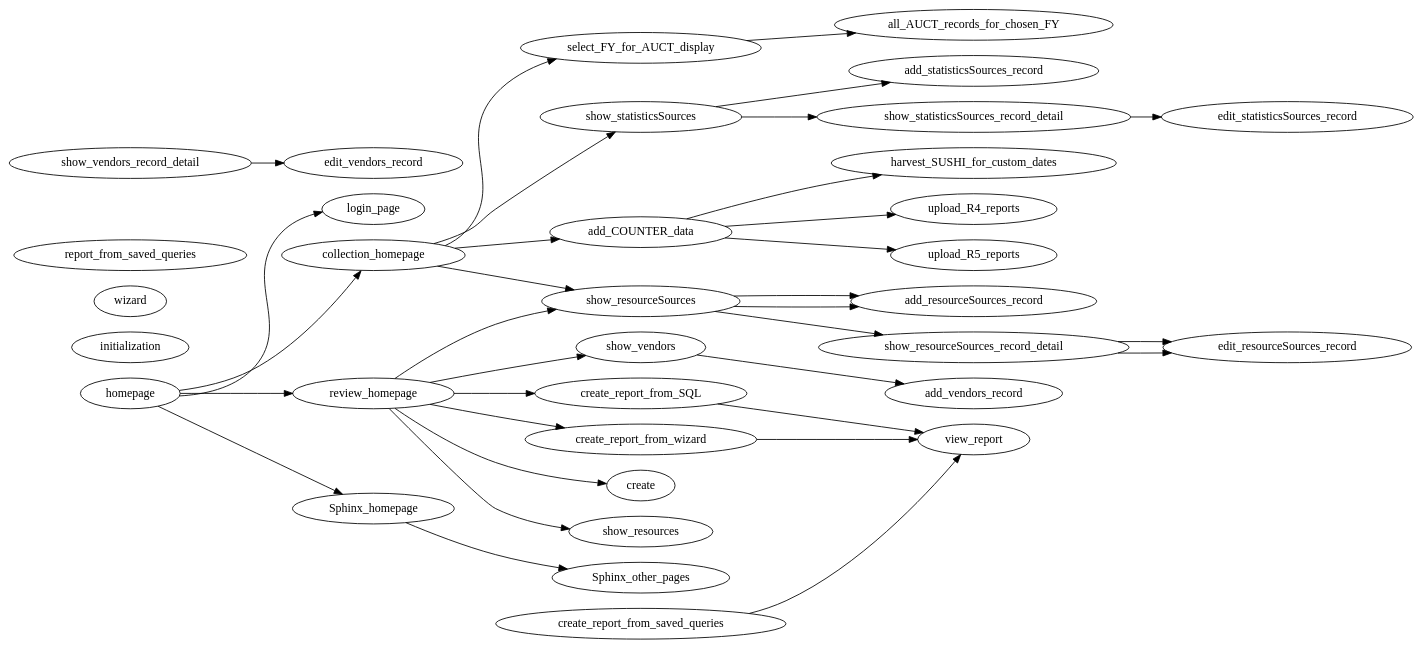
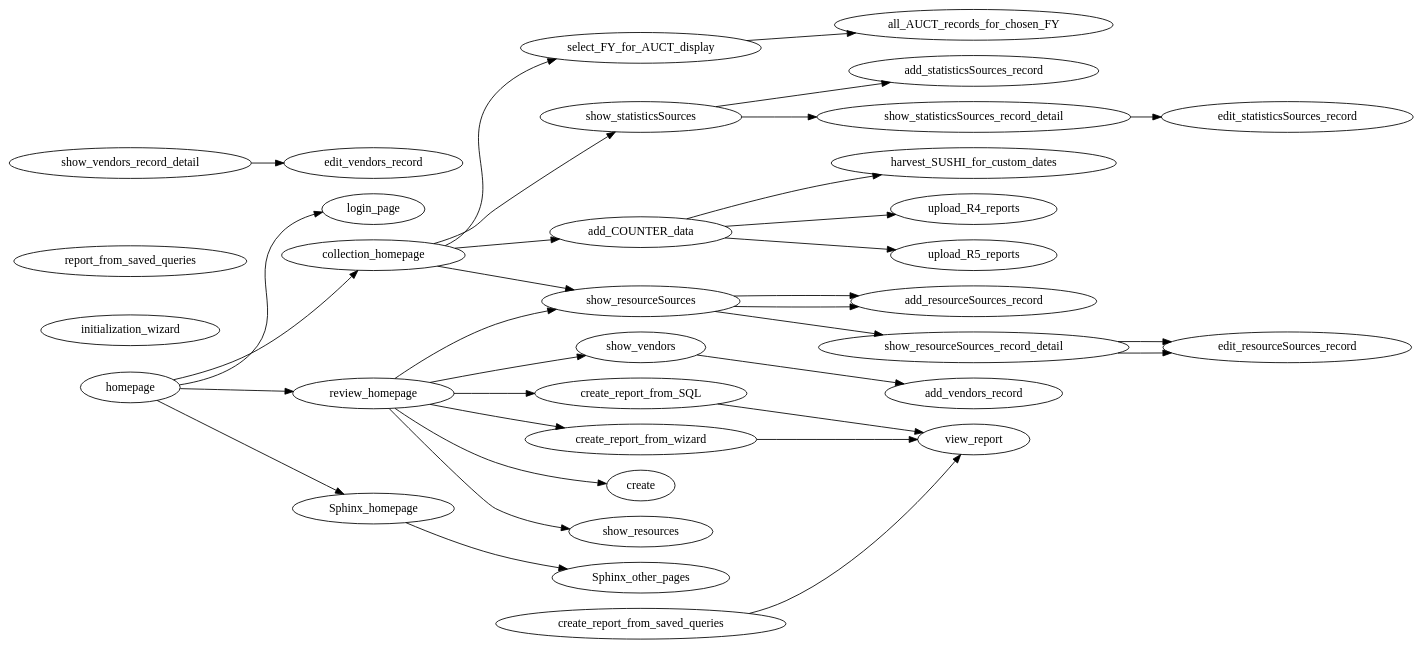
Before and after one commit to ereiskind/nolcat: the diagram in docs/source/sitemap.dot, drawn with Graphviz.

Commit message:
Make initialization wizard a single dot object

```diff
--- a/docs/source/sitemap.dot
+++ b/docs/source/sitemap.dot
@@ -1,99 +1,99 @@
 digraph nolcat_sitemap {
     /* *** NoLCAT SITEMAP *** */
     rankdir=LR
 
 
     /* *** Homepage and Authentication *** */
     // The web app homepage and pages for authentication
     homepage
     homepage -> login_page
     homepage -> collection_homepage
     homepage -> review_homepage
     homepage -> Sphinx_homepage
     
 
     login_page
     // And any other pages needed for authentication
 
 
     /* *** Collecting Usage Statistics *** */
     // Pages for collecting usage statistics
     collection_homepage
     collection_homepage -> add_COUNTER_data
     collection_homepage -> select_FY_for_AUCT_display
     collection_homepage -> show_statisticsSources
     collection_homepage -> show_resourceSources
-    initialization wizard
+    initialization_wizard
     add_COUNTER_data
     add_COUNTER_data -> upload_R4_reports
     add_COUNTER_data -> upload_R5_reports
     add_COUNTER_data -> harvest_SUSHI_for_custom_dates
 
     // Pages for ingesting COUNTER data
     upload_R4_reports
     upload_R5_reports
     harvest_SUSHI_for_custom_dates
 
     // Pages for organizing usage statistics collection
     select_FY_for_AUCT_display
     select_FY_for_AUCT_display -> all_AUCT_records_for_chosen_FY
     all_AUCT_records_for_chosen_FY
     
     show_statisticsSources
     show_statisticsSources -> add_statisticsSources_record
     show_statisticsSources -> show_statisticsSources_record_detail
     add_statisticsSources_record
     show_statisticsSources_record_detail
     show_statisticsSources_record_detail -> edit_statisticsSources_record
     edit_statisticsSources_record // Includes adding or editing notes
 
     show_resourceSources
     show_resourceSources -> add_resourceSources_record
     show_resourceSources -> show_resourceSources_record_detail
     add_resourceSources_record
     show_resourceSources_record_detail
     show_resourceSources_record_detail -> edit_resourceSources_record
     edit_resourceSources_record // Includes adding or editing notes
 
 
     /* *** Reviewing Usage Statistics *** */
     // Pages for reviewing usage data
     review_homepage
     review_homepage -> create_report_from_SQL
     review_homepage -> create_report_from_wizard
     review_homepage -> create report_from_saved_queries
     review_homepage -> show_resourceSources /* DUPLICATED BOX */
     review_homepage -> show_resources
     review_homepage -> show_vendors
     
     create_report_from_SQL // Runs a custom SQL statement against the database
     create_report_from_wizard // GUI options are used to write SQL behind the scenes
     create report_from_saved_queries // SQL statements that are either complete or only ask for one input for commonly asked questions
 
     create_report_from_SQL -> view_report
     create_report_from_wizard -> view_report
     create_report_from_saved_queries -> view_report
     view_report
 
     show_resources // Meaning the items in the resources table
     
     show_resourceSources -> add_resourceSources_record
     add_resourceSources_record
     show_resourceSources_record_detail -> edit_resourceSources_record
     edit_resourceSources_record // Includes adding or editing notes
     /* A way to handle adding `statisticsSources` to these `resourcesSources` must be developed */
 
     show_vendors
     show_vendors -> add_vendors_record
     add_vendors_record
     show_vendors_record_detail -> edit_vendors_record
     edit_vendors_record // Includes adding or editing notes
 
 
     /* *** Program Documentation *** */
     // The Sphinx documentation for the web app
     Sphinx_homepage
     Sphinx_homepage -> Sphinx_other_pages
 
     Sphinx_other_pages // Use Sphinx itself for site organization
 }
```
